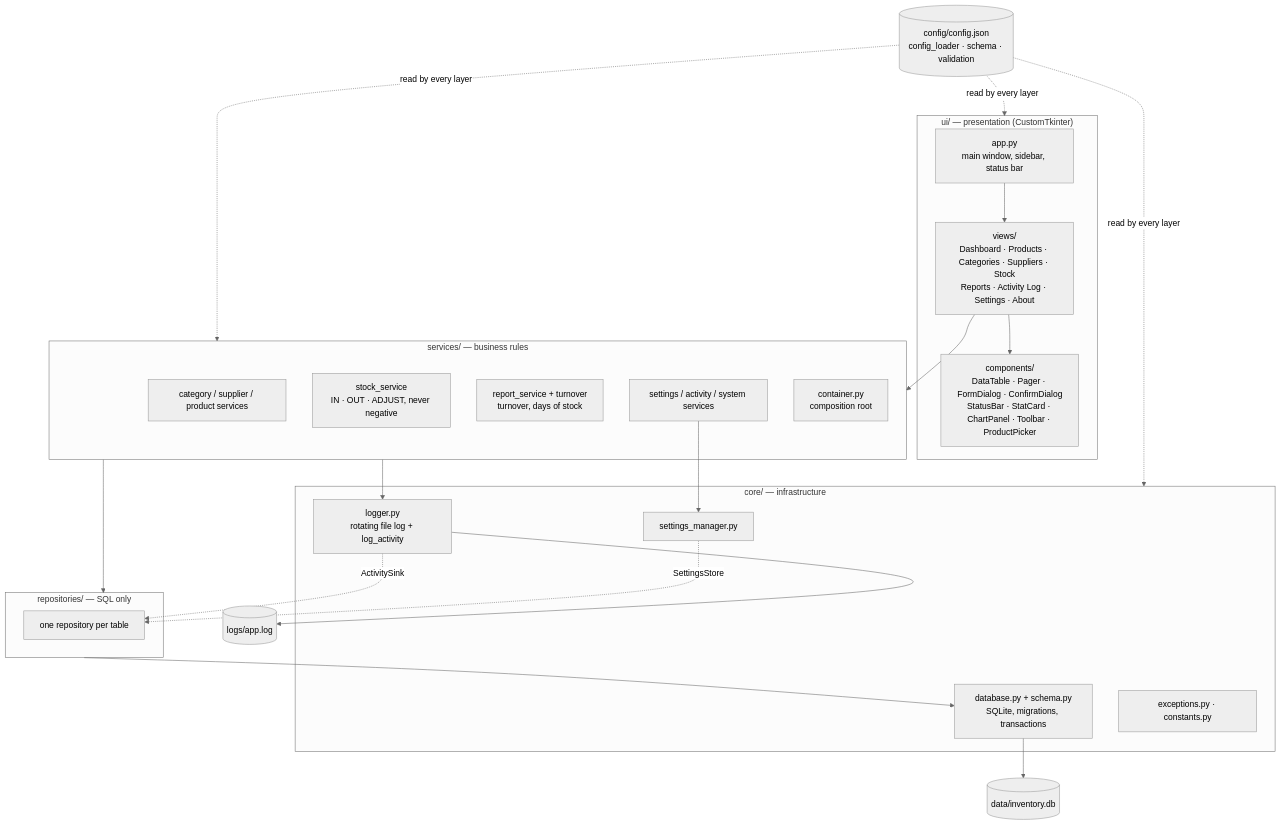
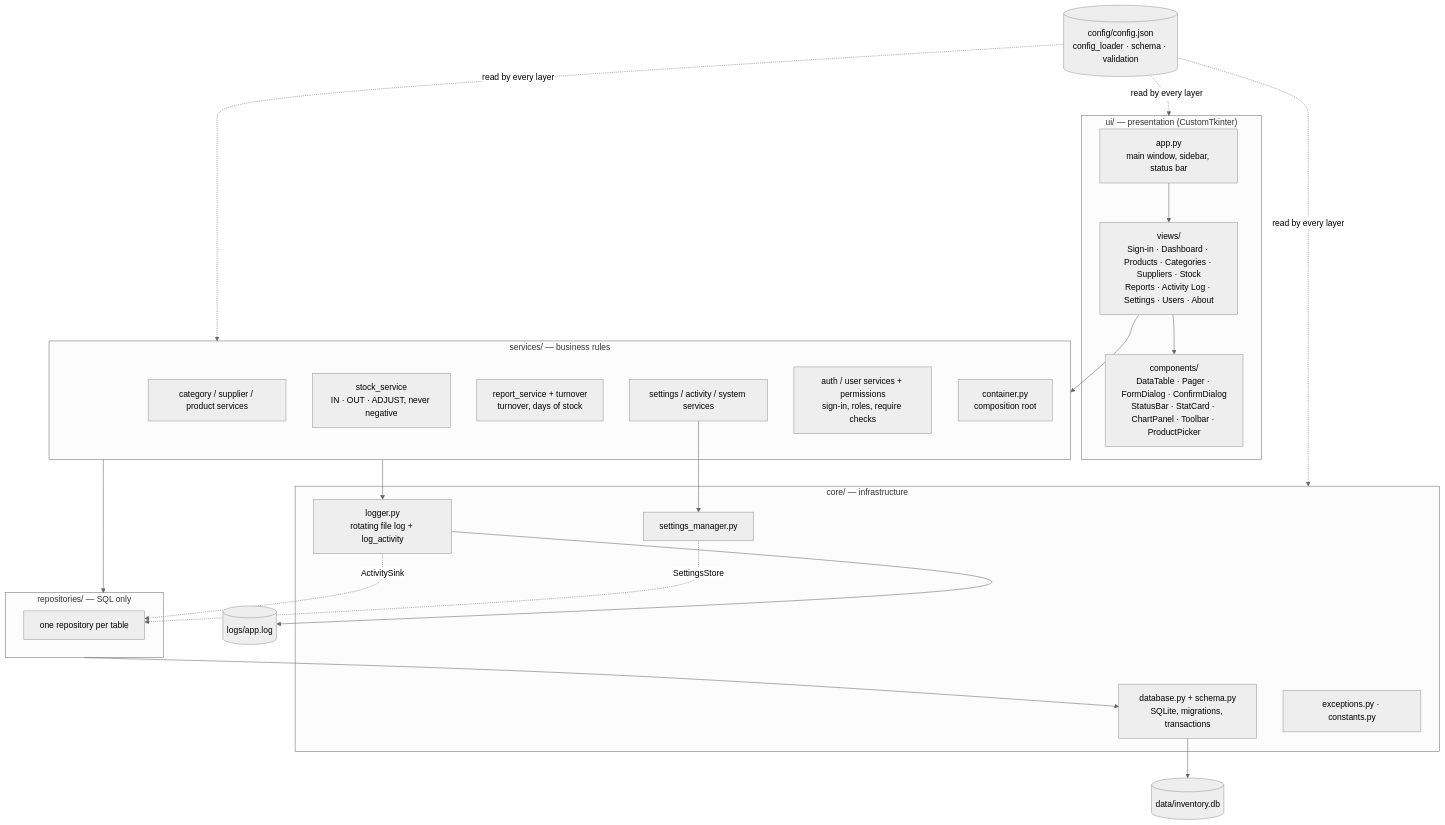
One commit to sidgodcyber/inventory-management-system changed the first of 3 diagrams in docs/architecture.md. Above: the diagram before and after it, drawn with Mermaid (neutral theme). The commit also changed other lines of this file and 1 other file, not shown here.

First line of the commit message:
Document login, roles and the users table in the SRS and architecture

````diff
--- a/docs/architecture.md
+++ b/docs/architecture.md
@@ -7,37 +7,38 @@
 ```mermaid
 flowchart TB
     subgraph UI["ui/ — presentation (CustomTkinter)"]
         APP[app.py<br/>main window, sidebar, status bar]
-        VIEWS[views/<br/>Dashboard · Products · Categories · Suppliers · Stock<br/>Reports · Activity Log · Settings · About]
+        VIEWS[views/<br/>Sign-in · Dashboard · Products · Categories · Suppliers · Stock<br/>Reports · Activity Log · Settings · Users · About]
         COMP[components/<br/>DataTable · Pager · FormDialog · ConfirmDialog<br/>StatusBar · StatCard · ChartPanel · Toolbar · ProductPicker]
     end
     subgraph SVC["services/ — business rules"]
         S1[category / supplier / product services]
         S2[stock_service<br/>IN · OUT · ADJUST, never negative]
         S3[report_service + turnover<br/>turnover, days of stock]
         S4[settings / activity / system services]
+        S5[auth / user services + permissions<br/>sign-in, roles, require checks]
         CONT[container.py<br/>composition root]
     end
     subgraph REPO["repositories/ — SQL only"]
         R[one repository per table]
     end
     subgraph CORE["core/ — infrastructure"]
         DB[database.py + schema.py<br/>SQLite, migrations, transactions]
         LOG[logger.py<br/>rotating file log + log_activity]
         SET[settings_manager.py]
         EXC[exceptions.py · constants.py]
     end
     CFG[(config/config.json<br/>config_loader · schema · validation)]
     SQL[(data/inventory.db)]
     FILE[(logs/app.log)]
 
     APP --> VIEWS --> COMP
     VIEWS --> SVC
     SVC --> REPO --> DB --> SQL
     S4 --> SET
     SVC --> LOG
     LOG -. ActivitySink .-> R
     SET -. SettingsStore .-> R
     LOG --> FILE
     CFG -. read by every layer .-> UI & SVC & CORE
 ```
````
